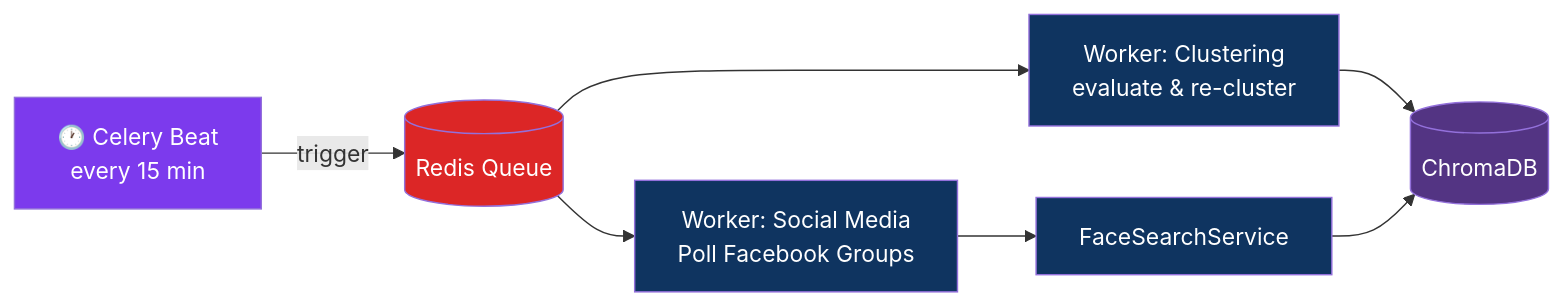
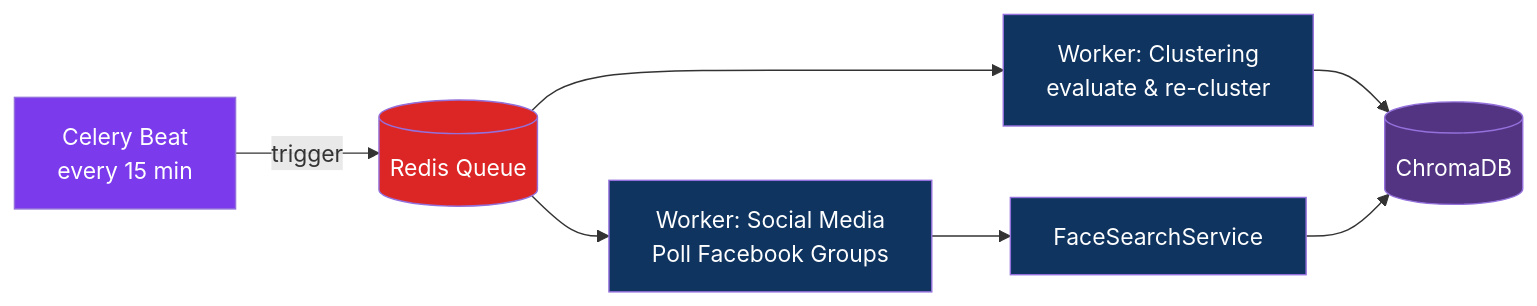
Before and after one commit to blackeagle686/mafqood-ai: the fourth of 4 diagrams in README.md, drawn with Mermaid. The commit also changed other lines of this file, not shown here.

````diff
--- a/README.md
+++ b/README.md
@@ -195,16 +195,16 @@
 ```mermaid
 flowchart LR
-    BEAT[🕐 Celery Beat<br/>every 15 min] -->|trigger| Q[(Redis Queue)]
+    BEAT[Celery Beat<br/>every 15 min] -->|trigger| Q[(Redis Queue)]
     Q --> W1[Worker: Clustering<br/>evaluate & re-cluster]
     Q --> W2[Worker: Social Media<br/>Poll Facebook Groups]
     W1 --> VDB[(ChromaDB)]
     W2 --> FSS[FaceSearchService]
     FSS --> VDB
 
     style BEAT fill:#7c3aed,color:#fff
     style Q fill:#dc2626,color:#fff
     style W1 fill:#0f3460,color:#fff
     style W2 fill:#0f3460,color:#fff
     style VDB fill:#533483,color:#fff
     style FSS fill:#0f3460,color:#fff
 ```
````
